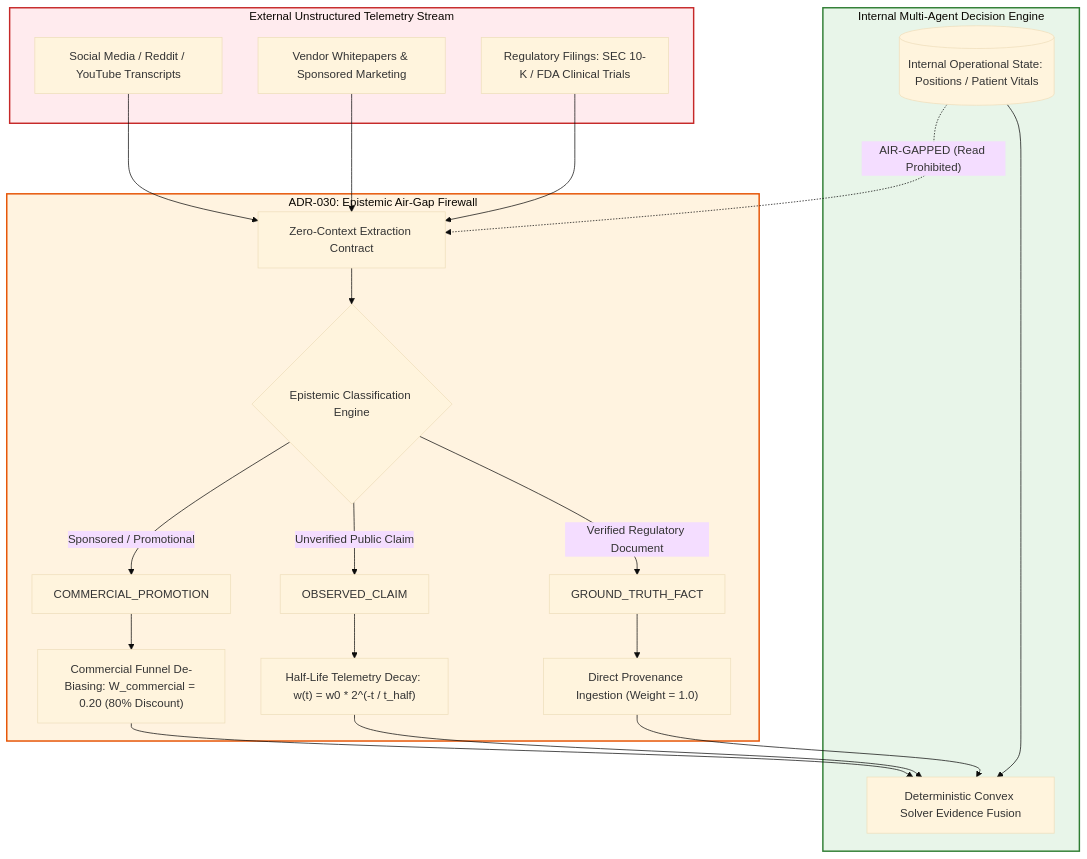
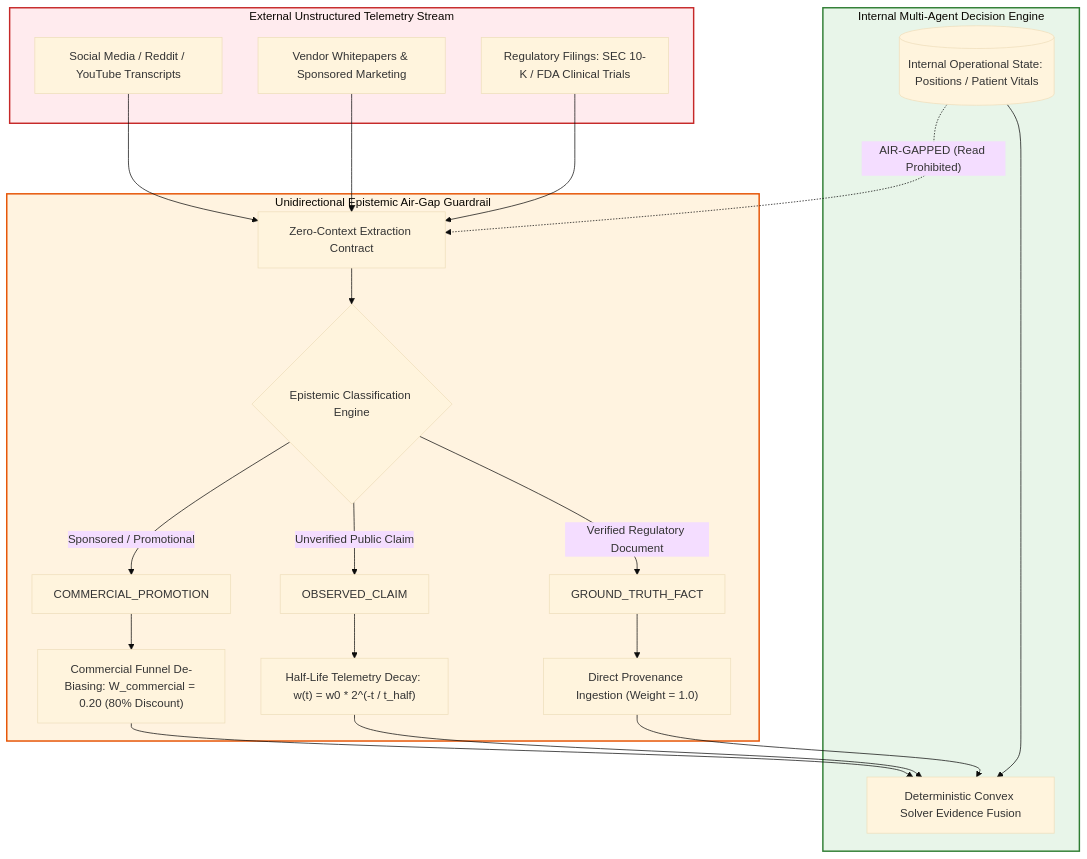
One commit to bdchang403/AI_Software_Foundations changed the diagram in 01_strategy_and_vision/04_context_engineering.md. Above: the diagram before and after it, drawn with Mermaid (base theme). The commit also changed other lines of this file and 24 other files, not shown here.

````diff
--- a/01_strategy_and_vision/04_context_engineering.md
+++ b/01_strategy_and_vision/04_context_engineering.md
@@ -65,34 +65,34 @@
 ```mermaid
 flowchart TD
     subgraph ExternalTelemetry ["External Unstructured Telemetry Stream"]
         RAW1["Social Media / Reddit / YouTube Transcripts"]
         RAW2["Vendor Whitepapers & Sponsored Marketing"]
         RAW3["Regulatory Filings: SEC 10-K / FDA Clinical Trials"]
     end
 
-    subgraph EpistemicAirGap ["ADR-030: Epistemic Air-Gap Firewall"]
+    subgraph EpistemicAirGap ["Unidirectional Epistemic Air-Gap Guardrail"]
         EXTRACT["Zero-Context Extraction Contract"]
         RAW1 & RAW2 & RAW3 --> EXTRACT
         EXTRACT --> CLASSIFY{"Epistemic Classification Engine"}
         CLASSIFY -->|"Sponsored / Promotional"| COMM["COMMERCIAL_PROMOTION"]
         CLASSIFY -->|"Unverified Public Claim"| OBS["OBSERVED_CLAIM"]
         CLASSIFY -->|"Verified Regulatory Document"| FACT["GROUND_TRUTH_FACT"]
         
         COMM --> FUNNEL["Commercial Funnel De-Biasing: W_commercial = 0.20 (80% Discount)"]
         OBS --> DECAY["Half-Life Telemetry Decay: w(t) = w0 * 2^(-t / t_half)"]
         FACT --> REG["Direct Provenance Ingestion (Weight = 1.0)"]
     end
 
     subgraph InternalDecisionEngine ["Internal Multi-Agent Decision Engine"]
         PORTFOLIO[("Internal Operational State: Positions / Patient Vitals")]
         SOLVER["Deterministic Convex Solver Evidence Fusion"]
         
         FUNNEL & DECAY & REG --> SOLVER
         PORTFOLIO -.->|"AIR-GAPPED (Read Prohibited)"| EXTRACT
         PORTFOLIO --> SOLVER
     end
 
     style ExternalTelemetry fill:#ffebee,stroke:#c62828,stroke-width:2px;
     style EpistemicAirGap fill:#fff3e0,stroke:#e65100,stroke-width:2px;
     style InternalDecisionEngine fill:#e8f5e9,stroke:#2e7d32,stroke-width:2px;
 ```
````
